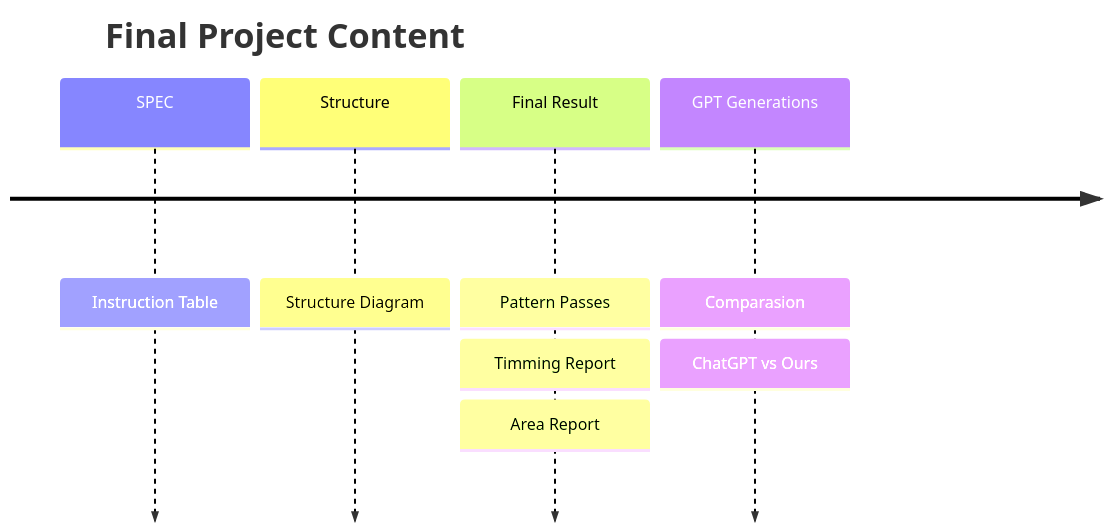
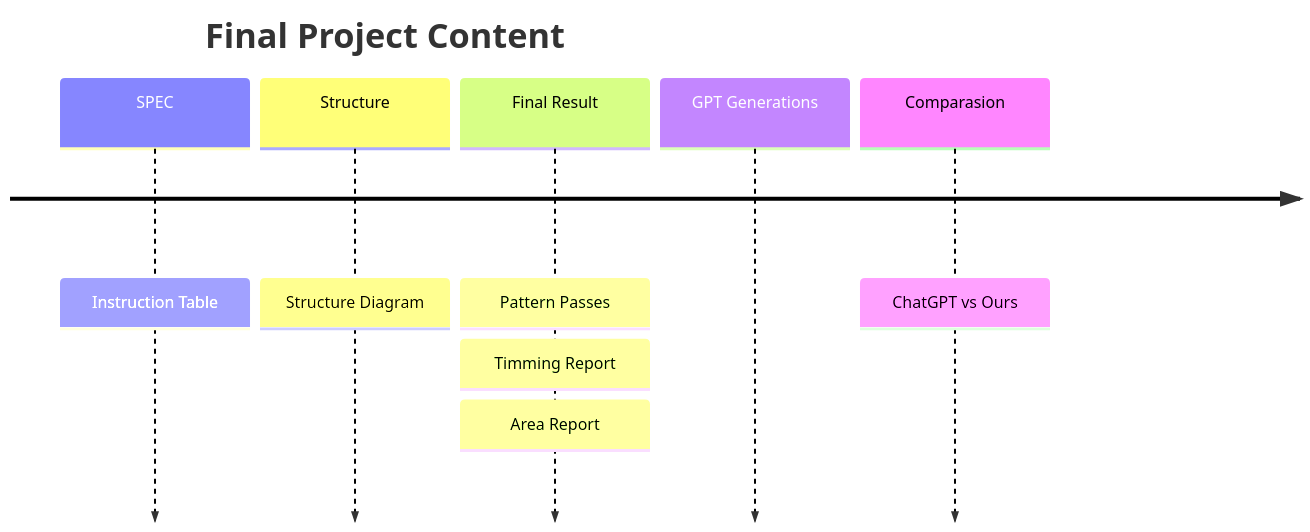
Before and after one commit to macplanck/VLSI: the diagram in FINAL/README.md, drawn with Mermaid.

Commit message:
README_update_V2

````diff
--- a/FINAL/README.md
+++ b/FINAL/README.md
@@ -7,14 +7,14 @@
 ```mermaid
 
 timeline
     title Final Project Content
     SPEC                : Instruction Table
     Structure           : Structure Diagram
     Final Result        : Pattern Passes
                         : Timming Report
                         : Area Report
-    GPT Generations     :
+    GPT Generations     
     Comparasion         : ChatGPT vs Ours
 
 
 ```
````
